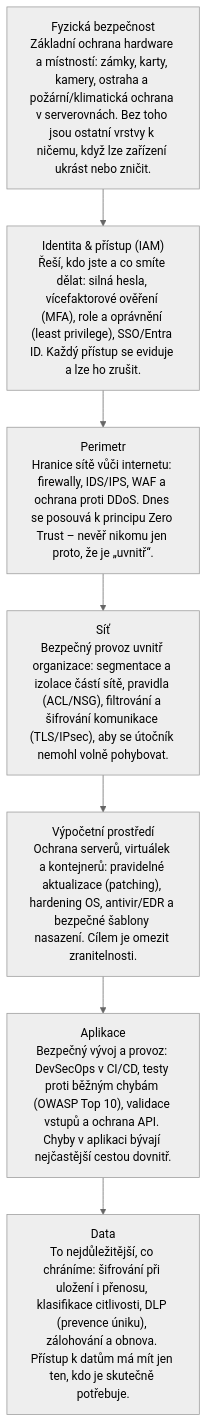
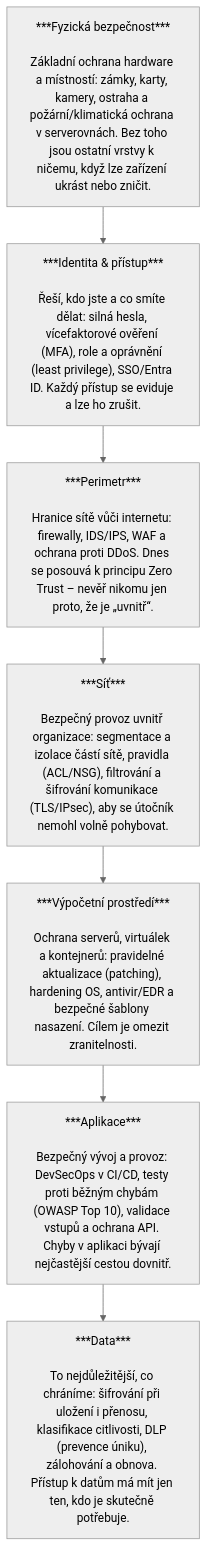
The second of 3 diagrams in maturita-bezpecnost.md (bechynsky/1IT), drawn with Mermaid (neutral theme) before and after one commit.

Commit message:
Enhance security guidelines formatting with emphasis on key sections

````diff
--- a/maturita-bezpecnost.md
+++ b/maturita-bezpecnost.md
@@ -12,19 +12,26 @@
 ```mermaid
 flowchart TD
-    A["Fyzická bezpečnost
+    A["***Fyzická bezpečnost***
+
 Základní ochrana hardware a místností: zámky, karty, kamery, ostraha a požární/klimatická ochrana v serverovnách. Bez toho jsou ostatní vrstvy k ničemu, když lze zařízení ukrást nebo zničit."]
-    B["Identita & přístup (IAM)
+    B["***Identita & přístup***
+
 Řeší, kdo jste a co smíte dělat: silná hesla, vícefaktorové ověření (MFA), role a oprávnění (least privilege), SSO/Entra ID. Každý přístup se eviduje a lze ho zrušit."]
-    C["Perimetr
+    C["***Perimetr***
+
 Hranice sítě vůči internetu: firewally, IDS/IPS, WAF a ochrana proti DDoS. Dnes se posouvá k principu Zero Trust – nevěř nikomu jen proto, že je „uvnitř“."]
-    D["Síť
+    D["***Síť***
+
 Bezpečný provoz uvnitř organizace: segmentace a izolace částí sítě, pravidla (ACL/NSG), filtrování a šifrování komunikace (TLS/IPsec), aby se útočník nemohl volně pohybovat."]
-    E["Výpočetní prostředí
+    E["***Výpočetní prostředí***
+
 Ochrana serverů, virtuálek a kontejnerů: pravidelné aktualizace (patching), hardening OS, antivir/EDR a bezpečné šablony nasazení. Cílem je omezit zranitelnosti."]
-    F["Aplikace
+    F["***Aplikace***
+
 Bezpečný vývoj a provoz: DevSecOps v CI/CD, testy proti běžným chybám (OWASP Top 10), validace vstupů a ochrana API. Chyby v aplikaci bývají nejčastější cestou dovnitř."]
-    G["Data
+    G["***Data***
+    
 To nejdůležitější, co chráníme: šifrování při uložení i přenosu, klasifikace citlivosti, DLP (prevence úniku), zálohování a obnova. Přístup k datům má mít jen ten, kdo je skutečně potřebuje."]
 
     A --> B --> C --> D --> E --> F --> G
 ```
````
